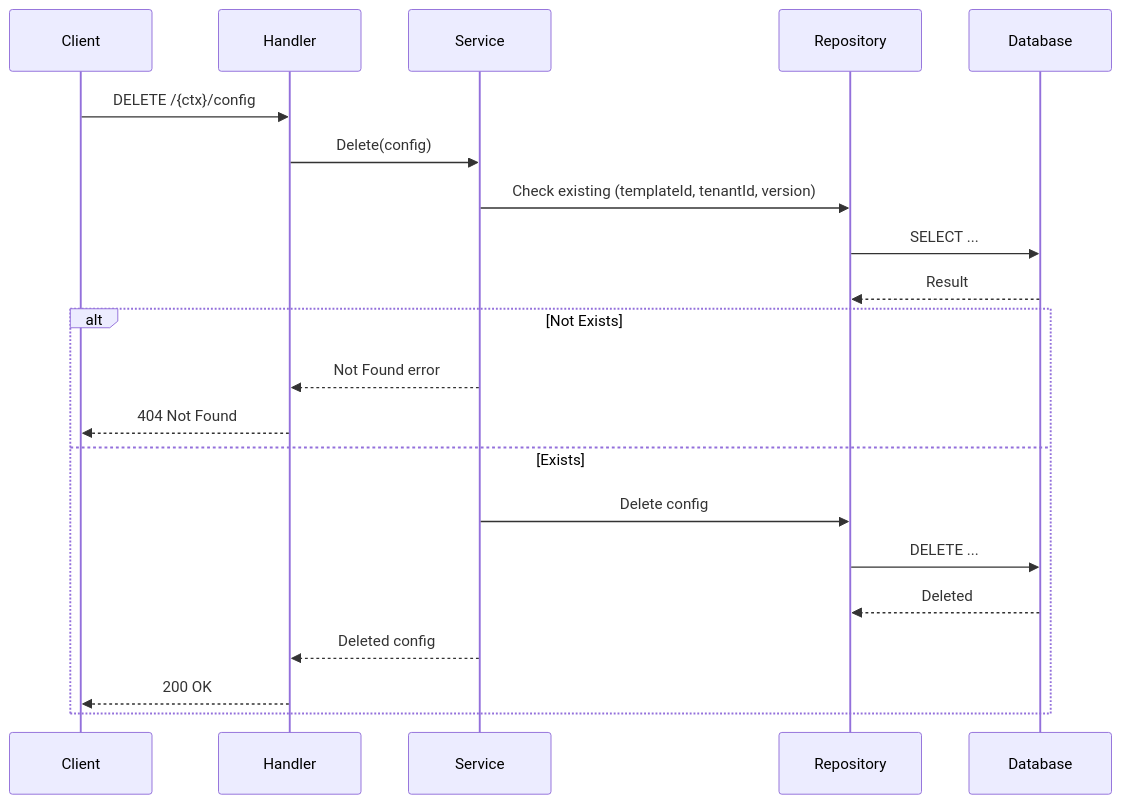
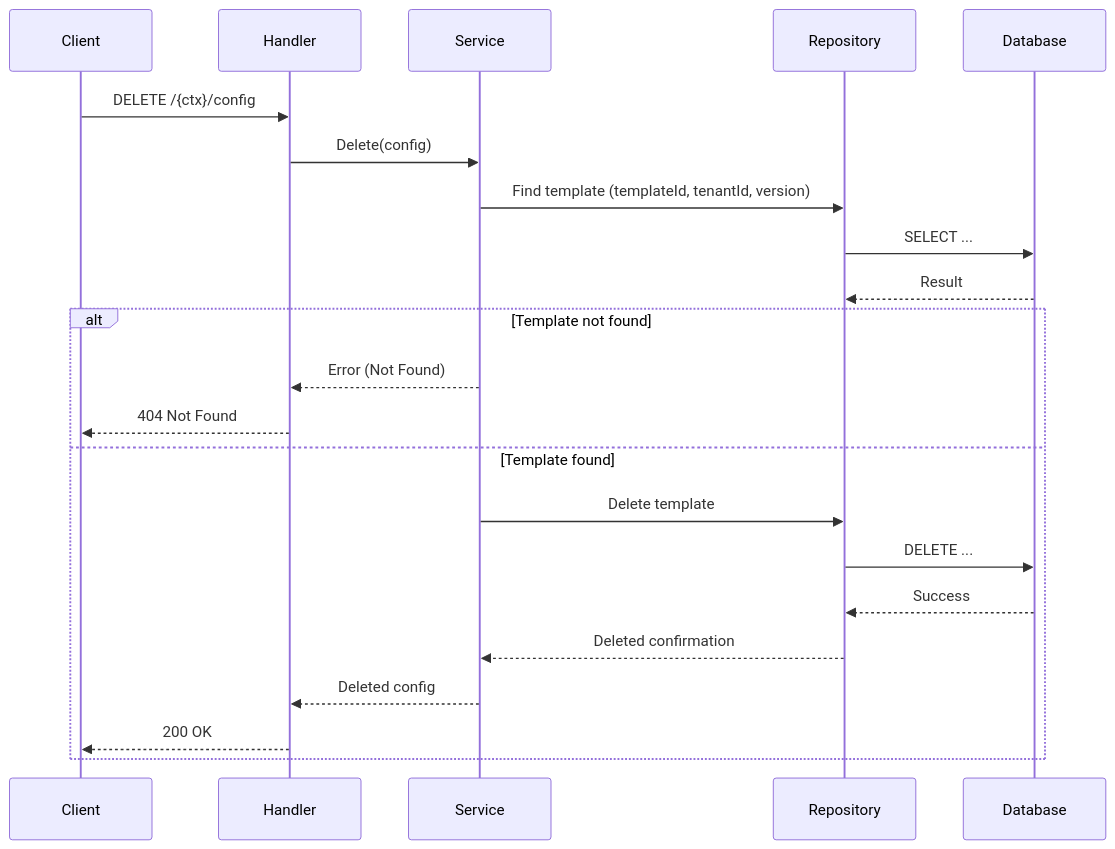
One commit to anishEgov/digit3 changed the fifth of 6 diagrams in code/services/template-config/README.md. Above: the diagram before and after it, drawn with Mermaid. The commit also changed other lines of this file, not shown here.

Commit message:
Modified template-config README.md

````diff
--- a/code/services/template-config/README.md
+++ b/code/services/template-config/README.md
@@ -335,26 +352,27 @@
 ```mermaid
 sequenceDiagram
     participant Client
     participant Handler
     participant Service
     participant Repository
     participant Database
 
     Client->>Handler: DELETE /{ctx}/config
     Handler->>Service: Delete(config)
 
-    Service->>Repository: Check existing (templateId, tenantId, version)
+    Service->>Repository: Find template (templateId, tenantId, version)
     Repository->>Database: SELECT ...
     Database-->>Repository: Result
 
-    alt Not Exists
-        Service-->>Handler: Not Found error
+    alt Template not found
+        Service-->>Handler: Error (Not Found)
         Handler-->>Client: 404 Not Found
-    else Exists
-        Service->>Repository: Delete config
+    else Template found
+        Service->>Repository: Delete template
         Repository->>Database: DELETE ...
-        Database-->>Repository: Deleted
+        Database-->>Repository: Success
+        Repository-->>Service: Deleted confirmation
         Service-->>Handler: Deleted config
         Handler-->>Client: 200 OK
     end
 ```
````
